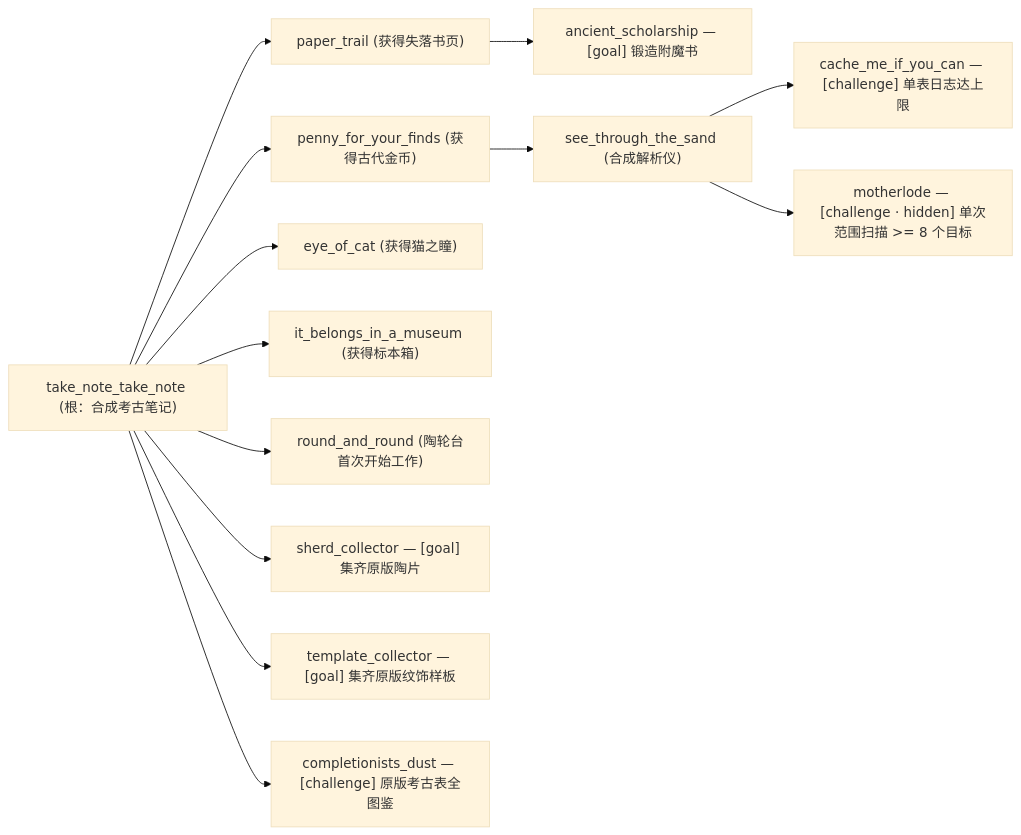
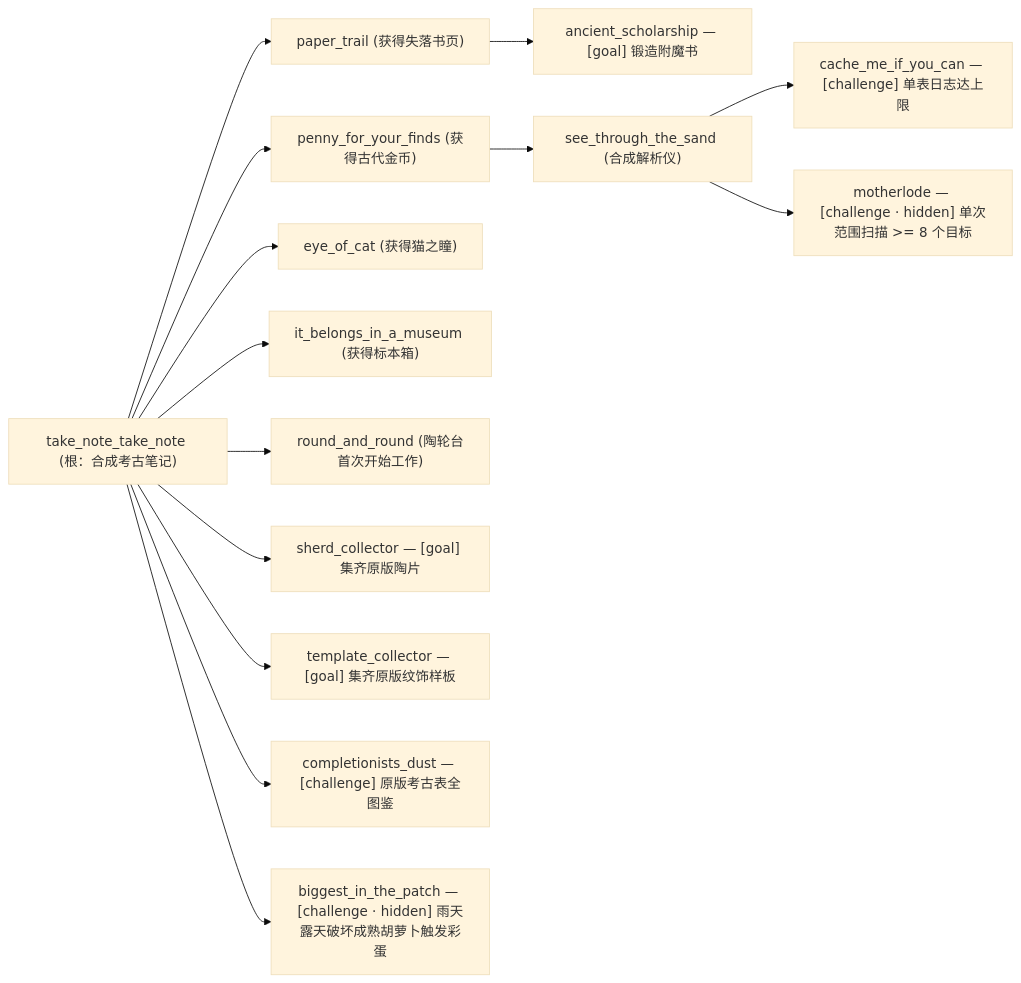
One commit to meteoritel/unsuspicious-block changed the second of 2 diagrams in docs/dev/subsystems/advancement.md. Above: the diagram before and after it, drawn with Mermaid (base theme). The commit also changed other lines of this file and 29 other files, not shown here.

````diff
--- a/docs/dev/subsystems/advancement.md
+++ b/docs/dev/subsystems/advancement.md
@@ -38,15 +38,16 @@
 ```mermaid
 flowchart LR
     Root["take_note_take_note (根：合成考古笔记)"] --> PT["paper_trail (获得失落书页)"]
     PT --> AS["ancient_scholarship — [goal] 锻造附魔书"]
     Root --> PF["penny_for_your_finds (获得古代金币)"]
     PF --> STS["see_through_the_sand (合成解析仪)"]
     STS --> CM["cache_me_if_you_can — [challenge] 单表日志达上限"]
     STS --> ML["motherlode — [challenge · hidden] 单次范围扫描 >= 8 个目标"]
     Root --> EC["eye_of_cat (获得猫之瞳)"]
     Root --> IBM["it_belongs_in_a_museum (获得标本箱)"]
     Root --> RR["round_and_round (陶轮台首次开始工作)"]
     Root --> SC["sherd_collector — [goal] 集齐原版陶片"]
     Root --> TC["template_collector — [goal] 集齐原版纹饰样板"]
     Root --> CD["completionists_dust — [challenge] 原版考古表全图鉴"]
+    Root --> BP["biggest_in_the_patch — [challenge · hidden] 雨天露天破坏成熟胡萝卜触发彩蛋"]
 ```
````
